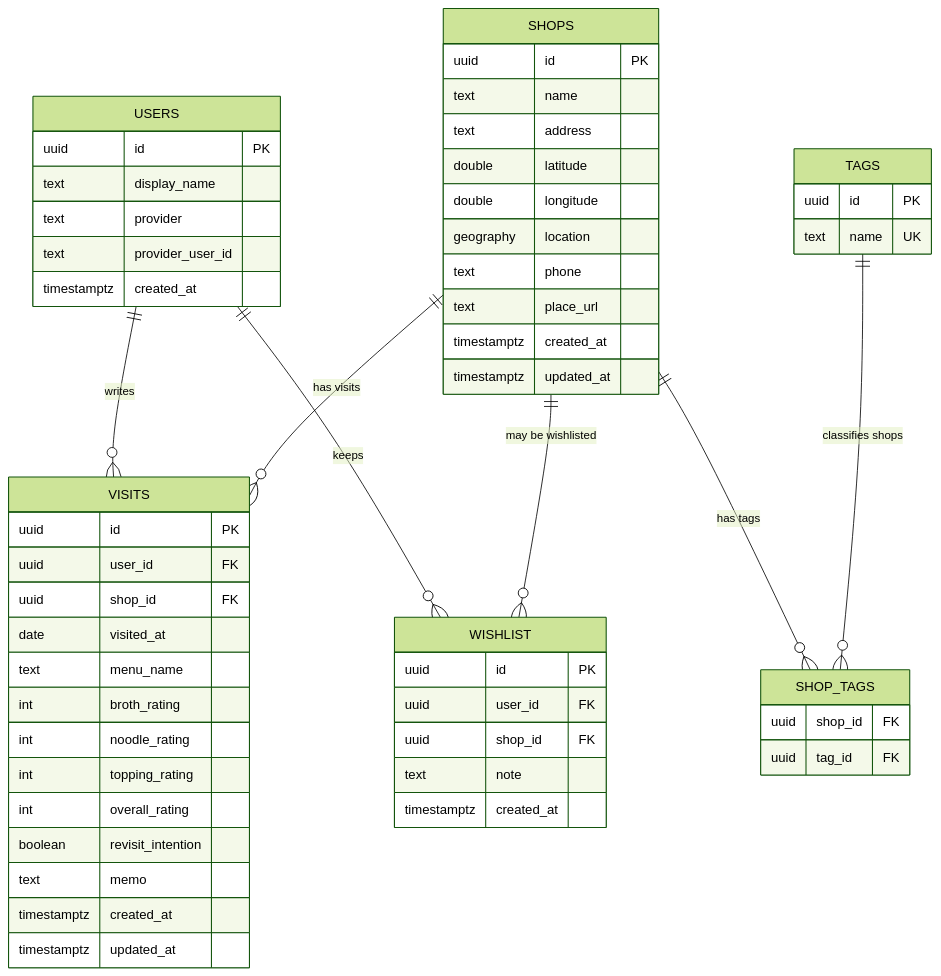
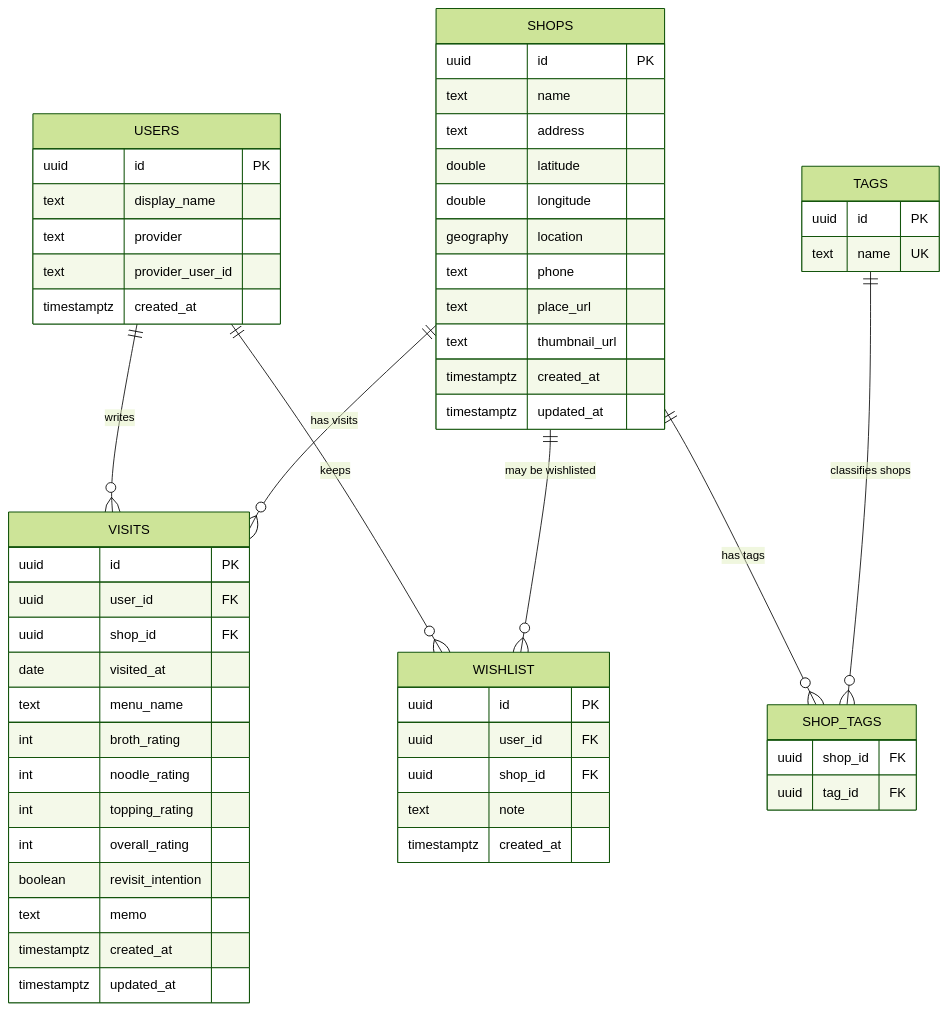
The first of 2 diagrams in docs/06-database-erd.md (easyhooon/ramen-dojang), drawn with Mermaid (forest theme) before and after one commit. The commit also changed other lines of this file and 14 other files, not shown here.

````diff
--- a/docs/06-database-erd.md
+++ b/docs/06-database-erd.md
@@ -21,64 +21,65 @@
 ```mermaid
 erDiagram
   USERS {
     uuid id PK
     text display_name
     text provider
     text provider_user_id
     timestamptz created_at
   }
 
   SHOPS {
     uuid id PK
     text name
     text address
     double latitude
     double longitude
     geography location
     text phone
     text place_url
+    text thumbnail_url
     timestamptz created_at
     timestamptz updated_at
   }
 
   VISITS {
     uuid id PK
     uuid user_id FK
     uuid shop_id FK
     date visited_at
     text menu_name
     int broth_rating
     int noodle_rating
     int topping_rating
     int overall_rating
     boolean revisit_intention
     text memo
     timestamptz created_at
     timestamptz updated_at
   }
 
   TAGS {
     uuid id PK
     text name UK
   }
 
   SHOP_TAGS {
     uuid shop_id FK
     uuid tag_id FK
   }
 
   WISHLIST {
     uuid id PK
     uuid user_id FK
     uuid shop_id FK
     text note
     timestamptz created_at
   }
 
   USERS ||--o{ VISITS : "writes"
   USERS ||--o{ WISHLIST : "keeps"
   SHOPS ||--o{ VISITS : "has visits"
   SHOPS ||--o{ SHOP_TAGS : "has tags"
   TAGS ||--o{ SHOP_TAGS : "classifies shops"
   SHOPS ||--o{ WISHLIST : "may be wishlisted"
 ```
````
